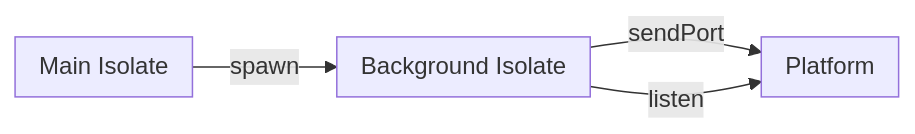
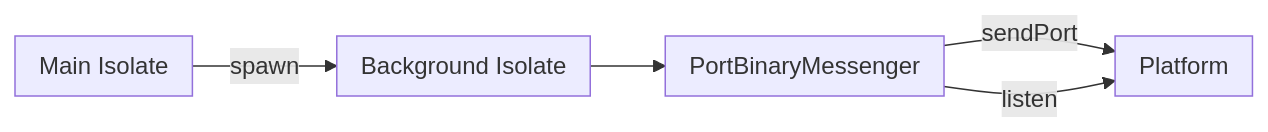
Before and after one commit to sensuikan1973/flutter_expensive_native_embedding_journey: the third of 3 diagrams in slide/pages/calling_platform-specific_APIs.md, drawn with Mermaid. The commit also changed other lines of this file, not shown here.

````diff
--- a/slide/pages/calling_platform-specific_APIs.md
+++ b/slide/pages/calling_platform-specific_APIs.md
@@ -101,12 +102,15 @@
 ```mermaid
 flowchart LR
     subgraph M["Main#32;Isolate"]
     end
     M -->|spawn| B
     subgraph B["Background#32;Isolate"]
     end
-    B -->|sendPort| P
+    B --> PB
+    subgraph PB["PortBinaryMessenger"]
+    end
+    PB -->|sendPort| P
     subgraph P ["Platform"]
     end
-    B --> |listen| P
+    PB --> |listen| P
 ```
````
